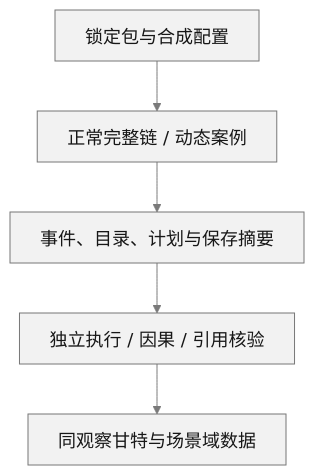
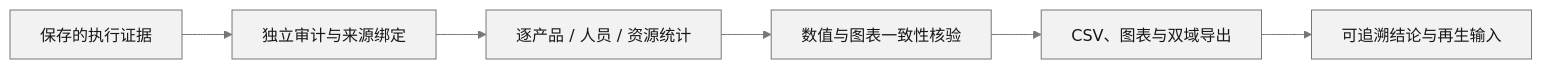
One commit to delongwangshu49-hub/adaptive-hrc-scheduling changed the second of 2 diagrams in README.md. Above: the diagram before and after it, drawn with Mermaid. The commit also changed other lines of this file and 175 other files, not shown here.

````diff
--- a/README.md
+++ b/README.md
@@ -125,10 +111,11 @@
 ```mermaid
-%%{init: {"theme":"base","themeVariables":{"primaryColor":"#f2f2f2","primaryTextColor":"#171717","primaryBorderColor":"#777777","secondaryColor":"#f2f2f2","tertiaryColor":"#f2f2f2","lineColor":"#7a7a7a","edgeLabelBackground":"#ffffff","fontSize":"18px"},"flowchart":{"htmlLabels":false,"useMaxWidth":true,"wrappingWidth":300},"htmlLabels":false,"look":"classic"}}%%
-flowchart TB
-    I["锁定包与合成配置"] --> X["正常完整链 / 动态案例"]
-    X --> B["事件、目录、计划与保存摘要"]
-    B --> K["独立执行 / 因果 / 引用核验"]
-    K --> D["同观察甘特与场景域数据"]
+%%{init: {"theme":"base","htmlLabels":false,"themeVariables":{"primaryColor":"#f2f2f2","primaryTextColor":"#171717","primaryBorderColor":"#777777","lineColor":"#777777","fontSize":"16px"},"flowchart":{"htmlLabels":false,"useMaxWidth":true}}}%%
+flowchart LR
+    A[保存的执行证据] --> B[独立审计与来源绑定]
+    B --> C[逐产品 / 人员 / 资源统计]
+    C --> D[数值与图表一致性核验]
+    D --> E[CSV、图表与双域导出]
+    E --> F[可追溯结论与再生输入]
     classDef default fill:#f2f2f2,stroke:#777777,color:#171717
-    linkStyle default stroke:#7a7a7a
+    linkStyle default stroke:#777777
 ```
````
